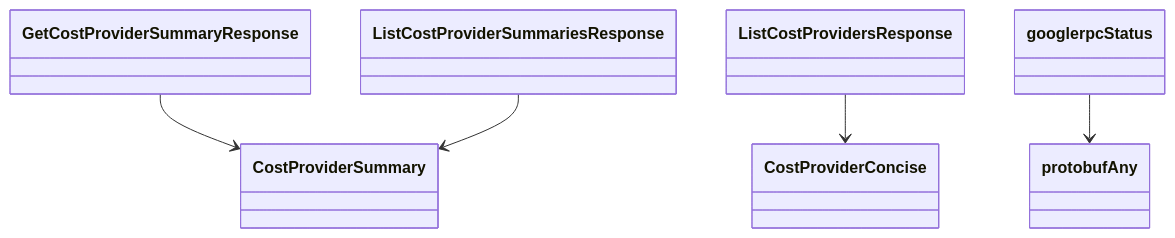
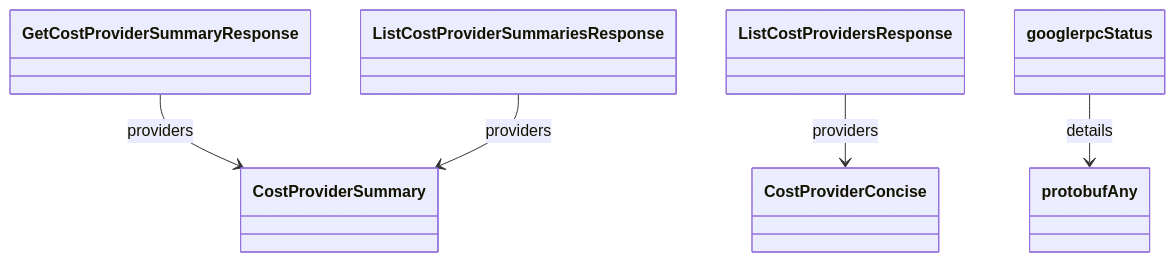
Before and after one commit to alexdearaujo/community_sdk_python: the eighth of 8 diagrams in docs/sphinx/services/cost.md, drawn with Mermaid. The commit also changed other lines of this file and 129 other files, not shown here.

````diff
--- a/docs/sphinx/services/cost.md
+++ b/docs/sphinx/services/cost.md
@@ -252,14 +273,14 @@
 ```mermaid
 classDiagram
     class CostProviderConcise
     class CostProviderSummary
     class GetCostProviderSummaryResponse
     class ListCostProviderSummariesResponse
     class ListCostProvidersResponse
     class googlerpcStatus
     class protobufAny
-    GetCostProviderSummaryResponse --> CostProviderSummary
-    ListCostProviderSummariesResponse --> CostProviderSummary
-    ListCostProvidersResponse --> CostProviderConcise
-    googlerpcStatus --> protobufAny
+    GetCostProviderSummaryResponse --> CostProviderSummary : providers
+    ListCostProviderSummariesResponse --> CostProviderSummary : providers
+    ListCostProvidersResponse --> CostProviderConcise : providers
+    googlerpcStatus --> protobufAny : details
 ```
````
